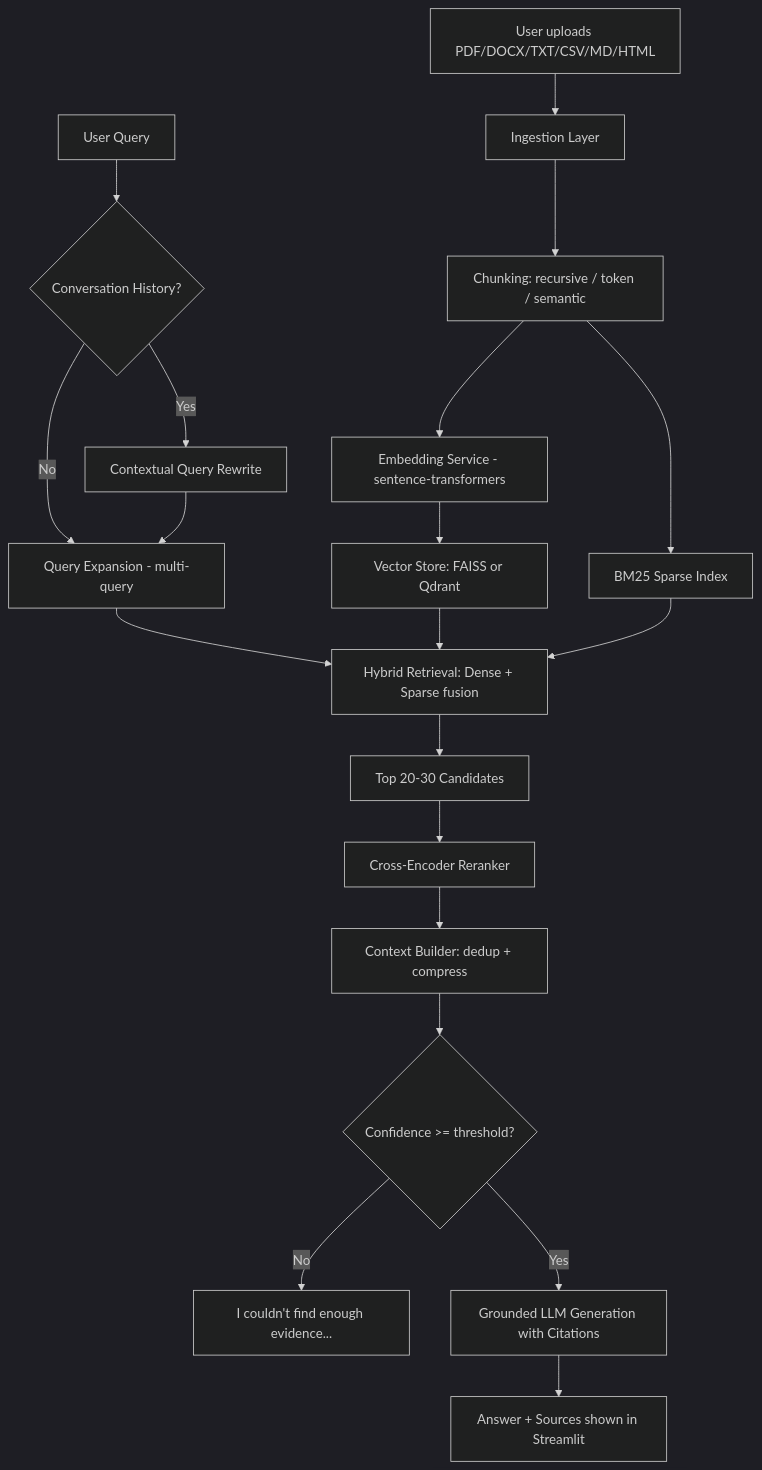
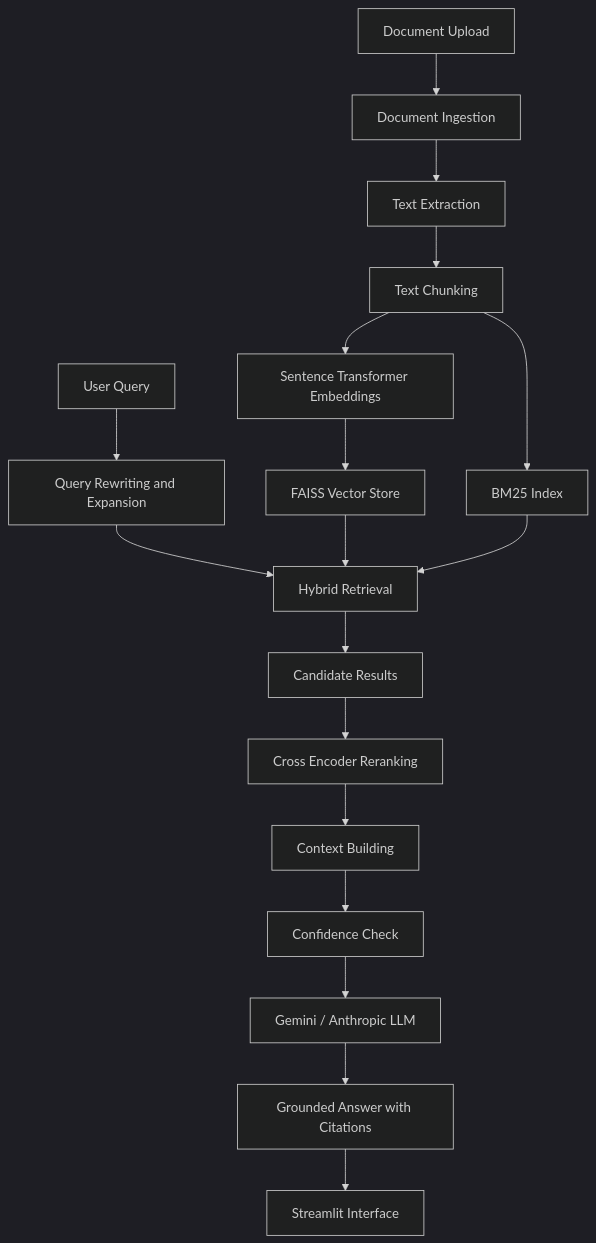
One commit to priii-236/DocuMind-AI-RAG changed the diagram in README.md. Above: the diagram before and after it, drawn with Mermaid (dark theme). The commit also changed other lines of this file, not shown here.

````diff
--- a/README.md
+++ b/README.md
@@ -35,23 +83,23 @@
 ```mermaid
 flowchart TD
-    A[User uploads PDF/DOCX/TXT/CSV/MD/HTML] --> B[Ingestion Layer]
-    B --> C[Chunking: recursive / token / semantic]
-    C --> D[Embedding Service - sentence-transformers]
-    D --> E[Vector Store: FAISS or Qdrant]
-    C --> F[BM25 Sparse Index]
+    A[Document Upload] --> B[Document Ingestion]
+    B --> C[Text Extraction]
+    C --> D[Text Chunking]
+    D --> E[Sentence Transformer Embeddings]
+    E --> F[FAISS Vector Store]
+    D --> G[BM25 Index]
 
-    G[User Query] --> H{Conversation History?}
-    H -->|Yes| I[Contextual Query Rewrite]
-    H -->|No| J[Query Expansion - multi-query]
-    I --> J
-    J --> K[Hybrid Retrieval: Dense + Sparse fusion]
-    E --> K
-    F --> K
-    K --> L[Top 20-30 Candidates]
-    L --> M[Cross-Encoder Reranker]
-    M --> N[Context Builder: dedup + compress]
-    N --> O{Confidence >= threshold?}
-    O -->|No| P["I couldn't find enough evidence..."]
-    O -->|Yes| Q[Grounded LLM Generation with Citations]
-    Q --> R[Answer + Sources shown in Streamlit]
+    H[User Query] --> I[Query Rewriting and Expansion]
+    I --> J[Hybrid Retrieval]
+    F --> J
+    G --> J
+
+    J --> K[Candidate Results]
+    K --> L[Cross Encoder Reranking]
+    L --> M[Context Building]
+    M --> N[Confidence Check]
+
+    N --> O[Gemini / Anthropic LLM]
+    O --> P[Grounded Answer with Citations]
+    P --> Q[Streamlit Interface]
 ```
````
